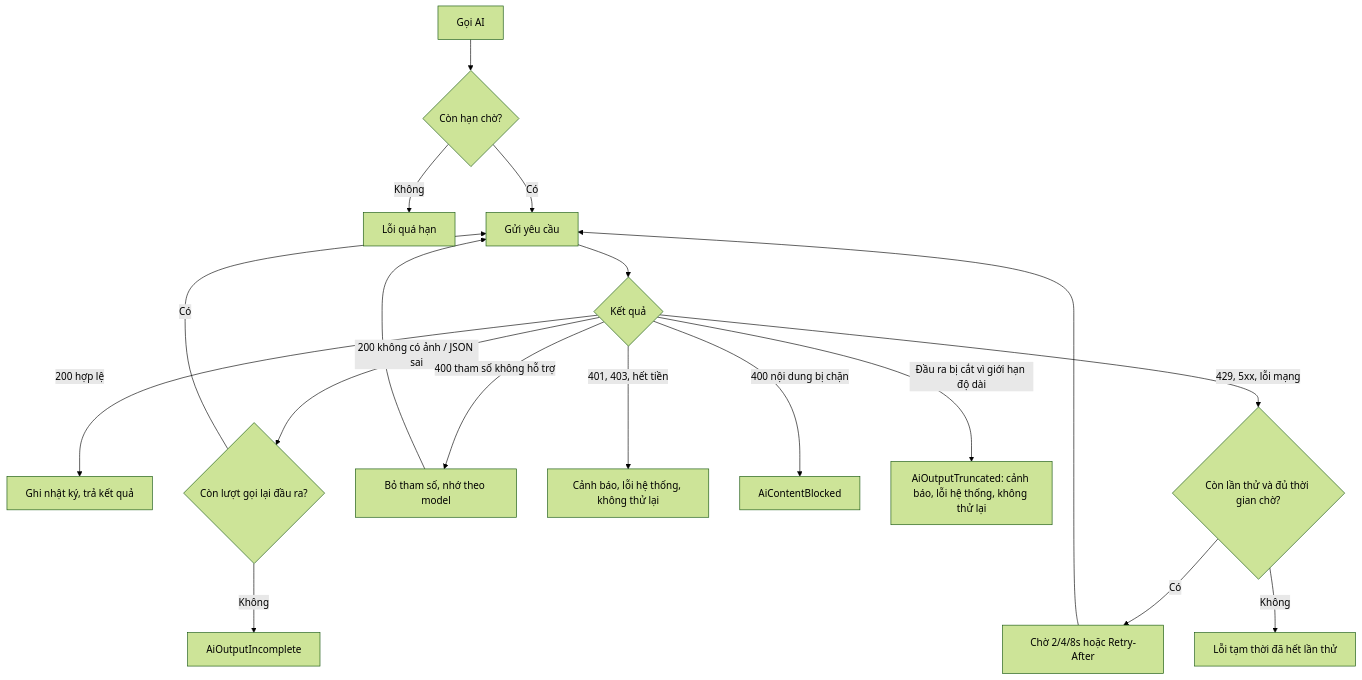
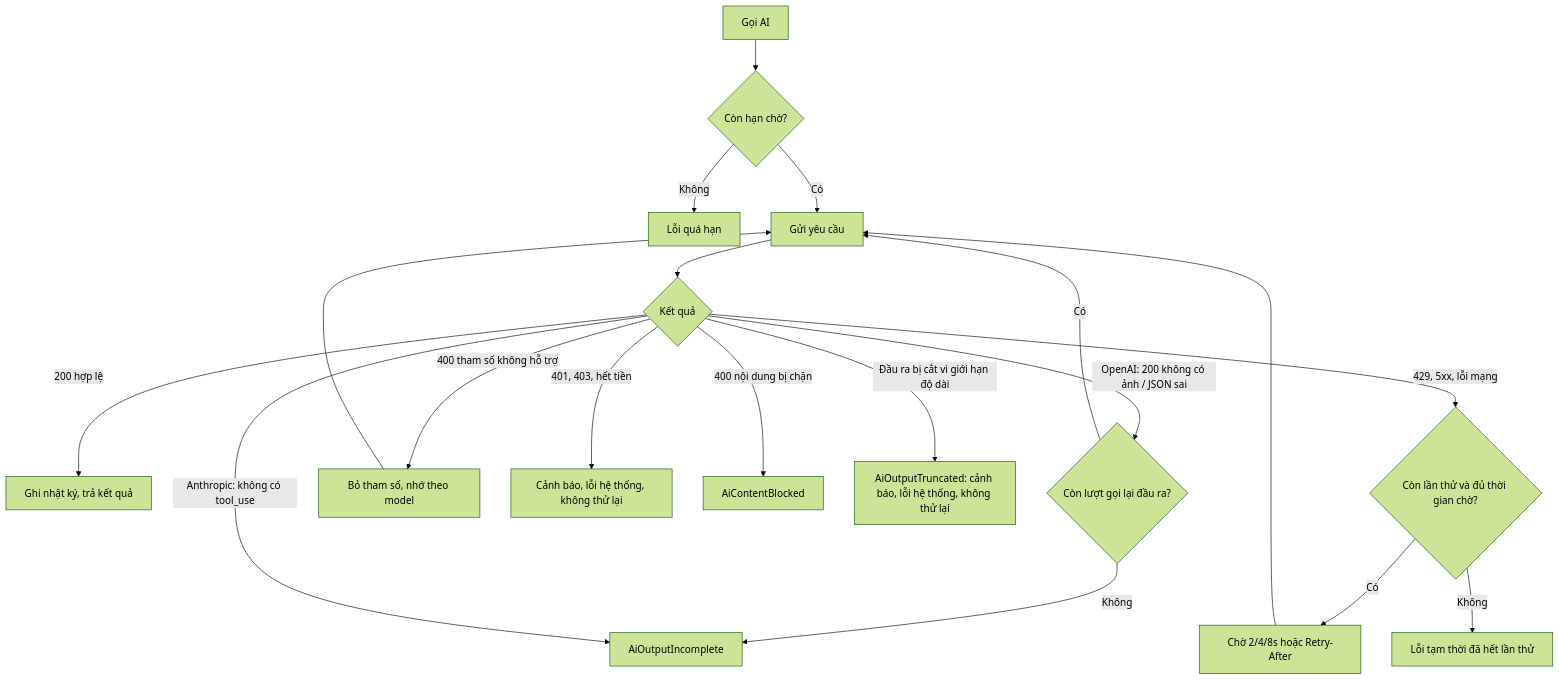
The third of 5 diagrams in tdd/TDD-PROJ-008.md (TaskCoper/bmt-documentation), drawn with Mermaid (forest theme) before and after one commit. The commit also changed other lines of this file and 136 other files, not shown here.

````diff
--- a/tdd/TDD-PROJ-008.md
+++ b/tdd/TDD-PROJ-008.md
@@ -204,18 +207,19 @@
 ```mermaid
 flowchart TD
     A[Gọi AI] --> B{Còn hạn chờ?}
     B -->|Không| X1[Lỗi quá hạn]
     B -->|Có| C[Gửi yêu cầu]
     C --> D{Kết quả}
     D -->|200 hợp lệ| OK[Ghi nhật ký, trả kết quả]
-    D -->|200 không có ảnh / JSON sai| E{Còn lượt gọi lại đầu ra?}
+    D -->|"OpenAI: 200 không có ảnh / JSON sai"| E{Còn lượt gọi lại đầu ra?}
     E -->|Có| C
     E -->|Không| X2[AiOutputIncomplete]
+    D -->|"Anthropic: không có tool_use"| X2
     D -->|400 tham số không hỗ trợ| F[Bỏ tham số, nhớ theo model] --> C
     D -->|401, 403, hết tiền| X3[Cảnh báo, lỗi hệ thống, không thử lại]
     D -->|400 nội dung bị chặn| X4[AiContentBlocked]
     D -->|Đầu ra bị cắt vì giới hạn độ dài| X6[AiOutputTruncated: cảnh báo, lỗi hệ thống, không thử lại]
     D -->|429, 5xx, lỗi mạng| G{Còn lần thử và đủ thời gian chờ?}
     G -->|Có| H[Chờ 2/4/8s hoặc Retry-After] --> C
     G -->|Không| X5[Lỗi tạm thời đã hết lần thử]
 ```
````
